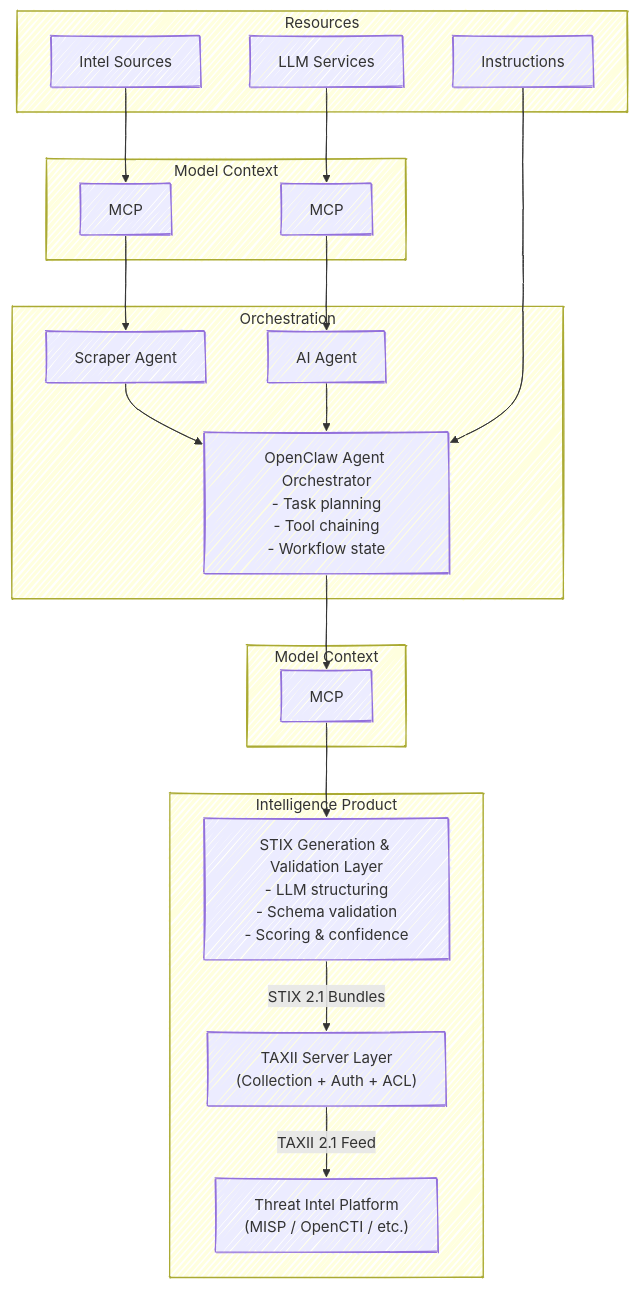
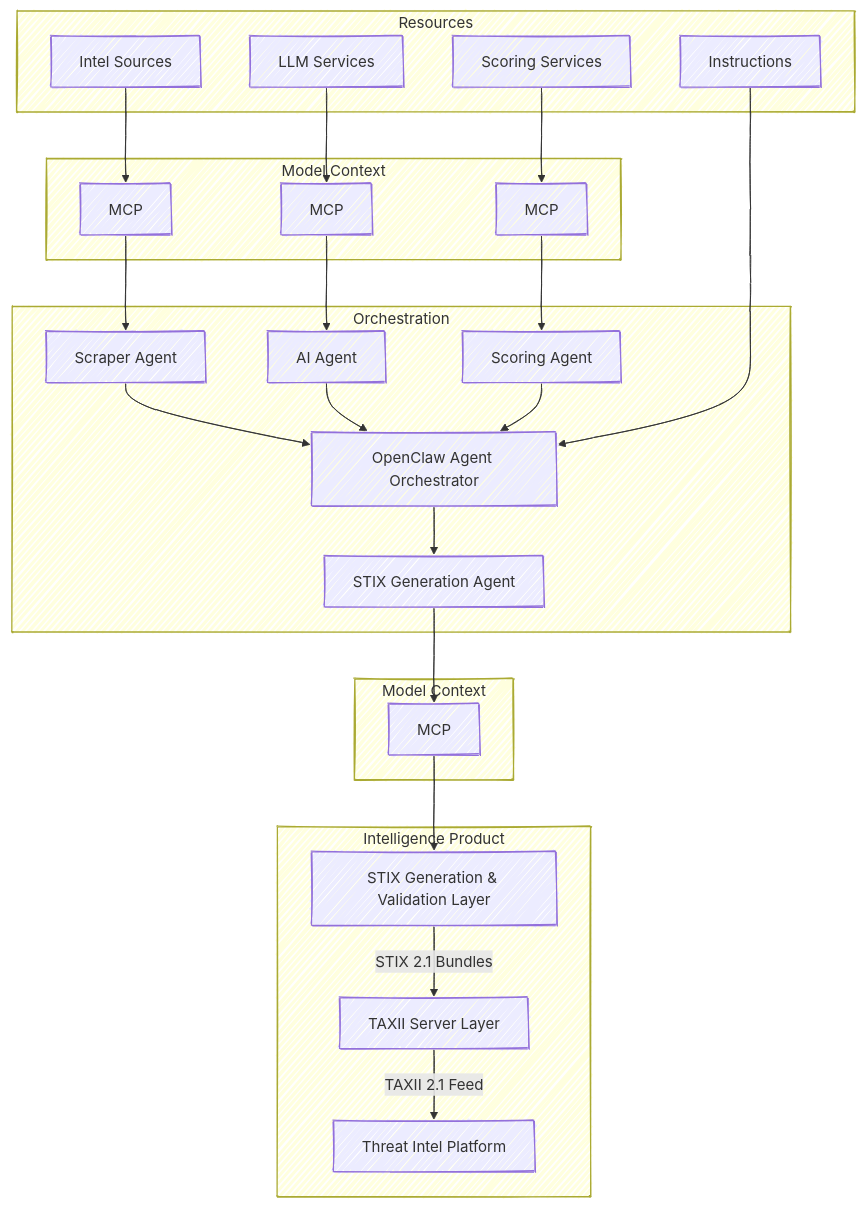
The diagram in doing/newmark_collective/README.md (gitrsi/cyberops.zone), drawn with Mermaid before and after one commit. The commit also changed other lines of this file, not shown here.

````diff
--- a/doing/newmark_collective/README.md
+++ b/doing/newmark_collective/README.md
@@ -32,49 +31,52 @@
 ```mermaid
 ---
 config:
   layout: dagre
   look: handDrawn
   elk:
     mergeEdges: true
     nodePlacementStrategy: LINEAR_SEGMENTS
 ---
 flowchart TB
 
 subgraph RES["Resources"]
     INST["Instructions"]
     INTL["Intel Sources"]
     LLM["LLM Services"]
+    SCOR["Scoring Services"]
 end
 
 subgraph MC1["Model Context"]
     MCP1["MCP"]    
     MCP2["MCP"]    
+    MCP3["MCP"]    
 end
 
 subgraph MC2["Model Context"]
-    MCP3["MCP"]
+    MCP4["MCP"]
 end
 
 subgraph ORCH["Orchestration"]
     SCRP["Scraper Agent"]
     AIA["AI Agent"]
-    CLAW["OpenClaw Agent Orchestrator<br/>- Task planning<br/>- Tool chaining<br/>- Workflow state"]
+    SCA["Scoring Agent"]
+    STXA["STIX Generation Agent"]
+    CLAW["OpenClaw Agent Orchestrator"]
 end
 
 subgraph INTEL["Intelligence Product"]
-    TIP["Threat Intel Platform<br/>(MISP / OpenCTI / etc.)"]
-    TAXII["TAXII Server Layer<br/>(Collection + Auth + ACL)"]
-    STIX["STIX Generation & Validation Layer<br/>- LLM structuring<br/>- Schema validation<br/>- Scoring & confidence"]
+    TIP["Threat Intel Platform"]
+    TAXII["TAXII Server Layer"]
+    STIX["STIX Generation & Validation Layer"]
 end
 
-SCRP --> CLAW
-AIA --> CLAW
+INTL --> MCP1 --> SCRP --> CLAW
+LLM --> MCP2 --> AIA --> CLAW
+SCOR --> MCP3 --> SCA --> CLAW
+INST --> CLAW
 
-INST --> CLAW
-INTL --> MCP1 --> SCRP
-LLM --> MCP2 --> AIA
-CLAW --> MCP3 --> STIX
+CLAW --> STXA --> MCP4 --> STIX
 
 STIX -->|STIX 2.1 Bundles| TAXII
 TAXII -->|TAXII 2.1 Feed| TIP
 ```
````
